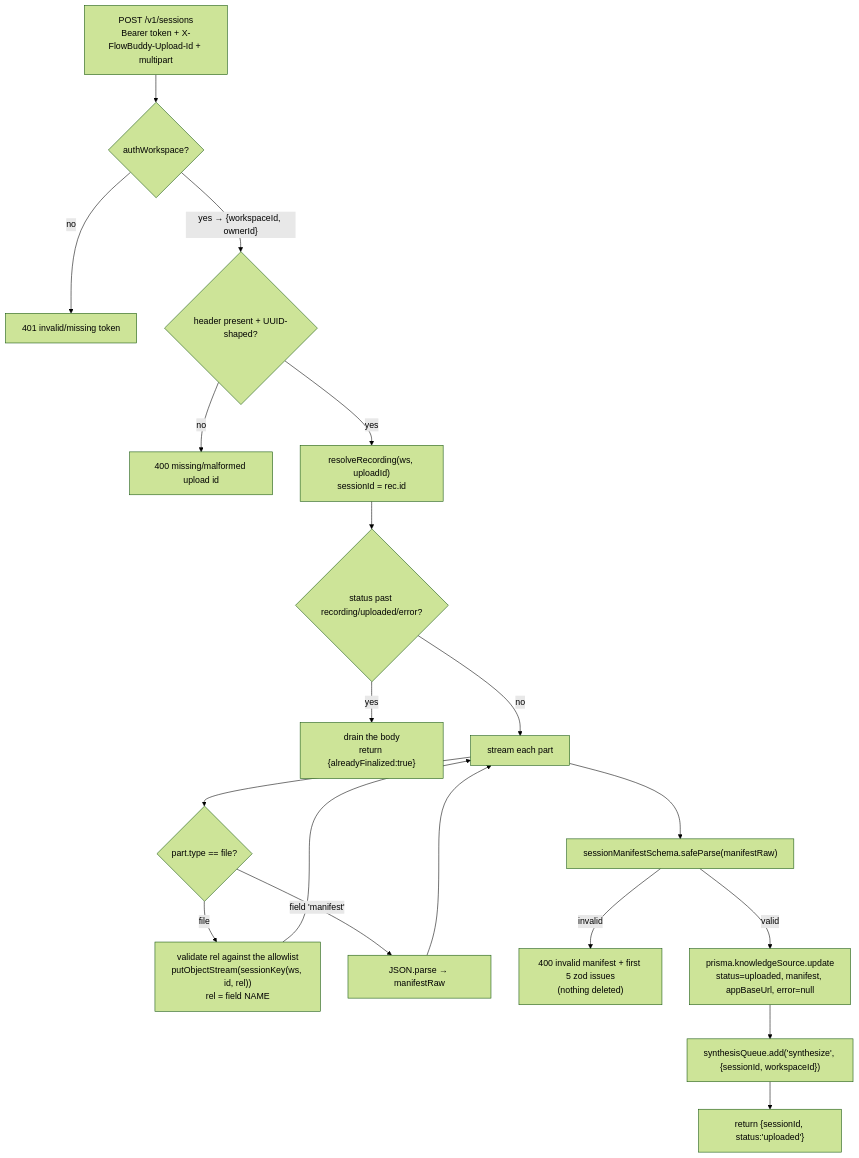
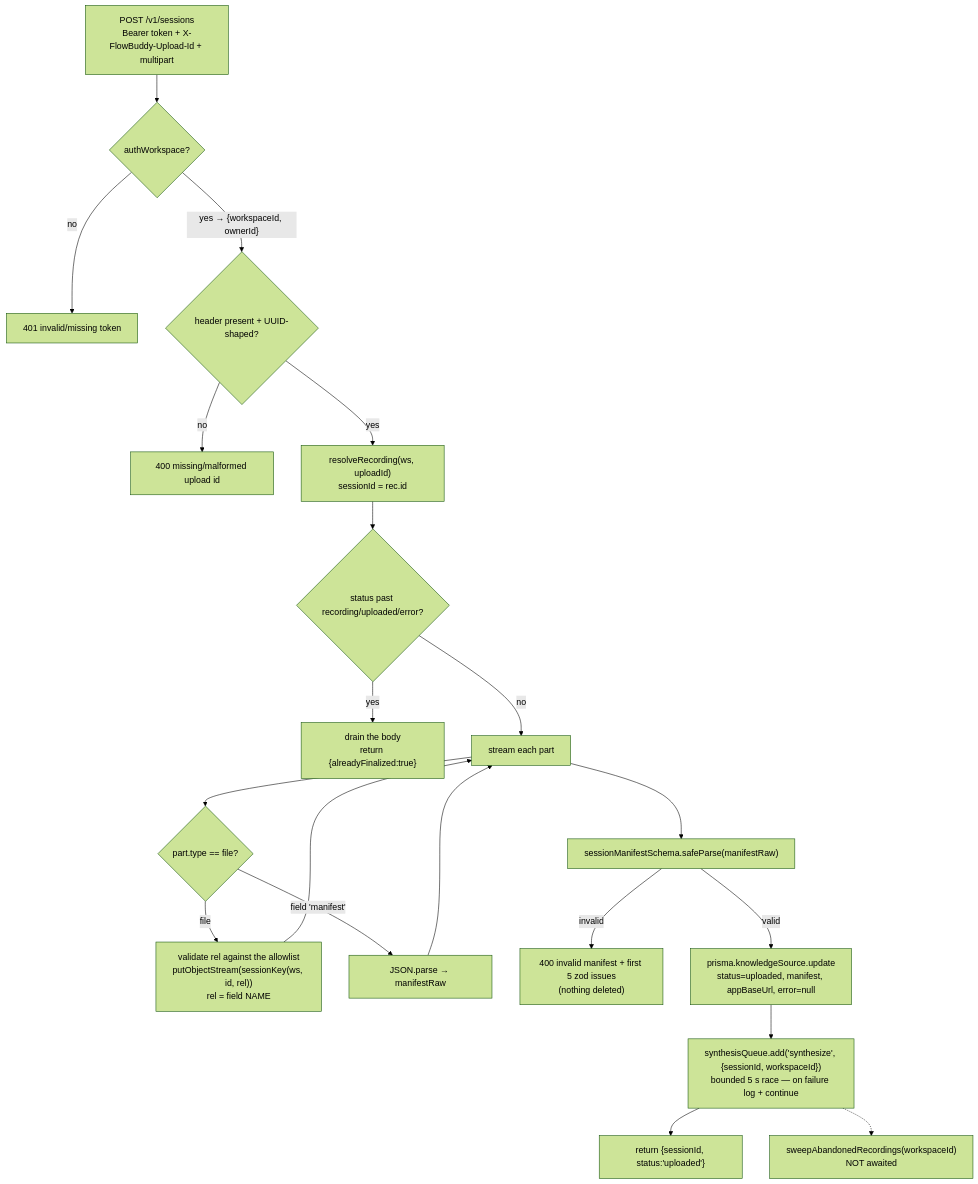
Before and after one commit to himanshu3553/flowbuddy: the second of 2 diagrams in docs/internals/ingestion-api.md, drawn with Mermaid (forest theme). The commit also changed other lines of this file and 30 other files, not shown here.

````diff
--- a/docs/internals/ingestion-api.md
+++ b/docs/internals/ingestion-api.md
@@ -94,21 +109,22 @@
 ```mermaid
 flowchart TD
     A["POST /v1/sessions<br/>Bearer token + X-FlowBuddy-Upload-Id + multipart"] --> B{authWorkspace?}
     B -- no --> B401["401 invalid/missing token"]
     B -- "yes → {workspaceId, ownerId}" --> B2{"header present + UUID-shaped?"}
     B2 -- no --> B400["400 missing/malformed upload id"]
     B2 -- yes --> C["resolveRecording(ws, uploadId)<br/>sessionId = rec.id"]
     C --> C2{"status past recording/uploaded/error?"}
     C2 -- yes --> C3["drain the body<br/>return {alreadyFinalized:true}"]
     C2 -- no --> D["stream each part"]
     D --> E{"part.type == file?"}
     E -- file --> F["validate rel against the allowlist<br/>putObjectStream(sessionKey(ws, id, rel))<br/>rel = field NAME"]
     E -- "field 'manifest'" --> G["JSON.parse → manifestRaw"]
     F --> D
     G --> D
     D --> H["sessionManifestSchema.safeParse(manifestRaw)"]
     H -- invalid --> H400["400 invalid manifest + first 5 zod issues<br/>(nothing deleted)"]
     H -- valid --> I["prisma.knowledgeSource.update<br/>status=uploaded, manifest, appBaseUrl, error=null"]
-    I --> J["synthesisQueue.add('synthesize', {sessionId, workspaceId})"]
+    I --> J["synthesisQueue.add('synthesize', {sessionId, workspaceId})<br/>bounded 5 s race — on failure log + continue"]
     J --> K["return {sessionId, status:'uploaded'}"]
+    J -.-> S8["sweepAbandonedRecordings(workspaceId)<br/>NOT awaited"]
 ```
````
